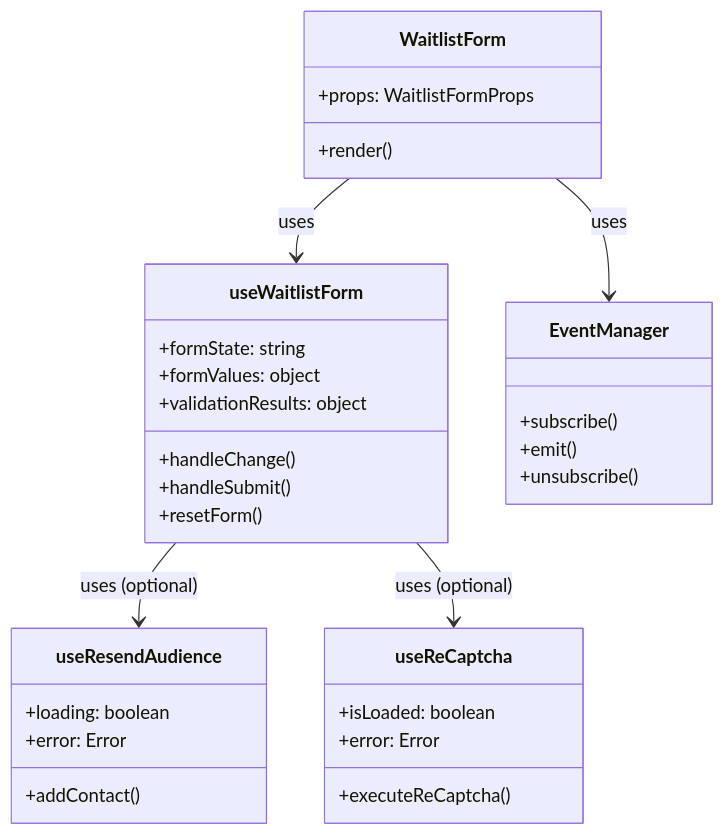
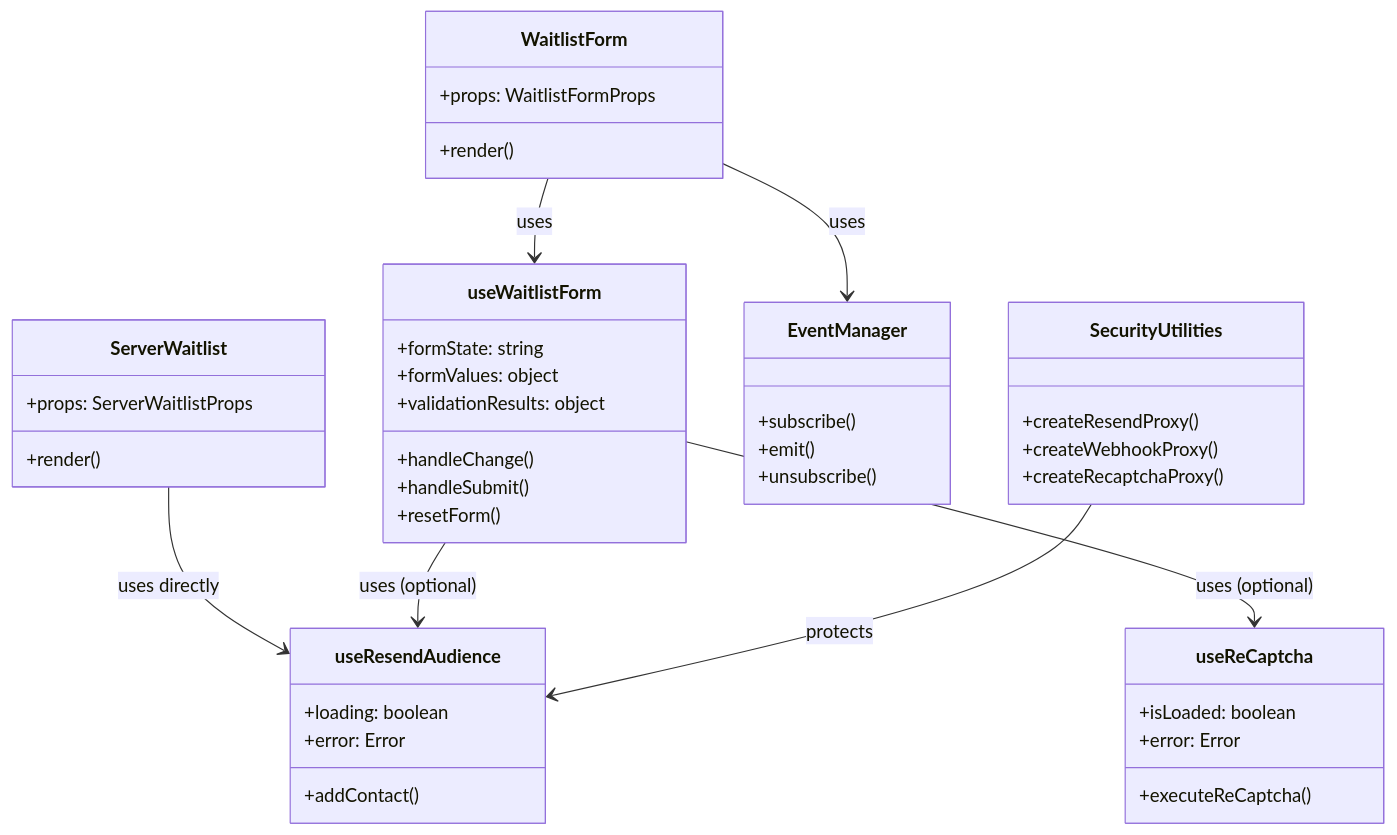
One commit to pmatheusvinhas/react-waitlist changed the first of 7 diagrams in docs/architecture.md. Above: the diagram before and after it, drawn with Mermaid. The commit also changed other lines of this file and 1 other file, not shown here.

Commit message:
docs: emphasize self-contained nature and security options

````diff
--- a/docs/architecture.md
+++ b/docs/architecture.md
@@ -7,39 +31,52 @@
 ```mermaid
 classDiagram
     class WaitlistForm {
         +props: WaitlistFormProps
+        +render()
+    }
+    
+    class ServerWaitlist {
+        +props: ServerWaitlistProps
         +render()
     }
     
     class useWaitlistForm {
         +formState: string
         +formValues: object
         +validationResults: object
         +handleChange()
         +handleSubmit()
         +resetForm()
     }
     
     class useResendAudience {
         +addContact()
         +loading: boolean
         +error: Error
     }
     
     class useReCaptcha {
         +executeReCaptcha()
         +isLoaded: boolean
         +error: Error
     }
     
     class EventManager {
         +subscribe()
         +emit()
         +unsubscribe()
     }
     
+    class SecurityUtilities {
+        +createResendProxy()
+        +createWebhookProxy()
+        +createRecaptchaProxy()
+    }
+    
     WaitlistForm --> useWaitlistForm: uses
+    ServerWaitlist --> useResendAudience: uses directly
     useWaitlistForm --> useResendAudience: uses (optional)
     useWaitlistForm --> useReCaptcha: uses (optional)
     WaitlistForm --> EventManager: uses
+    SecurityUtilities --> useResendAudience: protects
 ```
````
